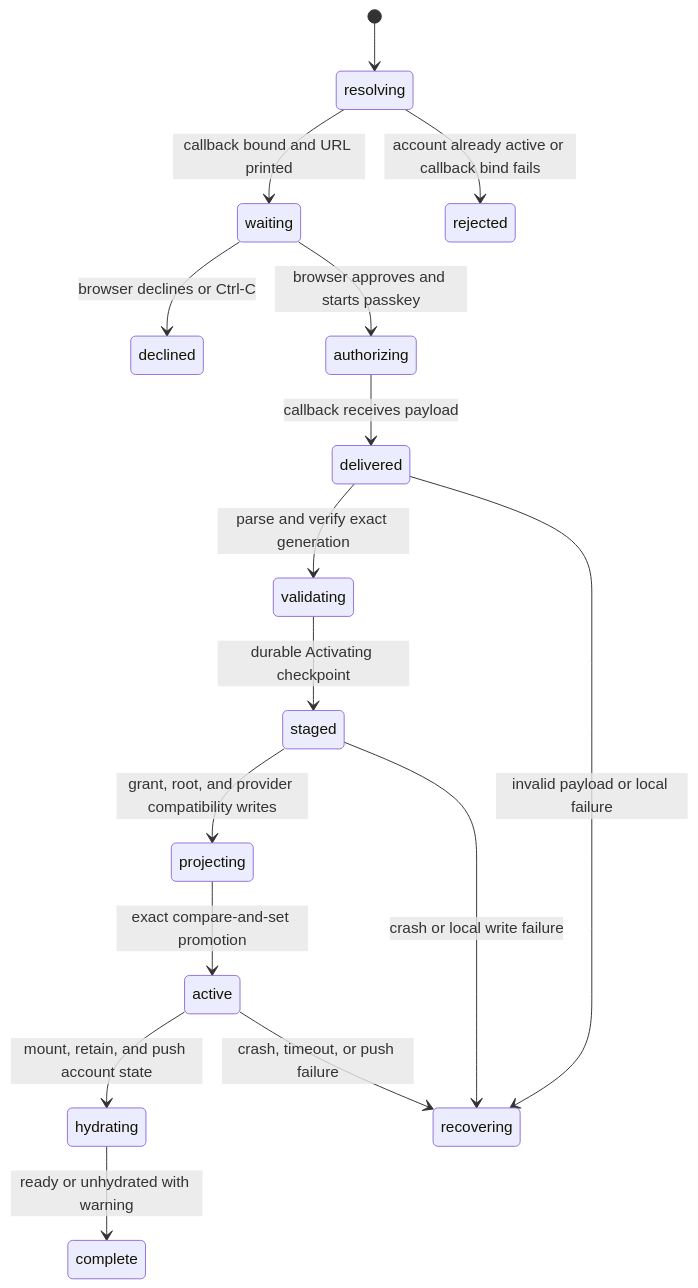
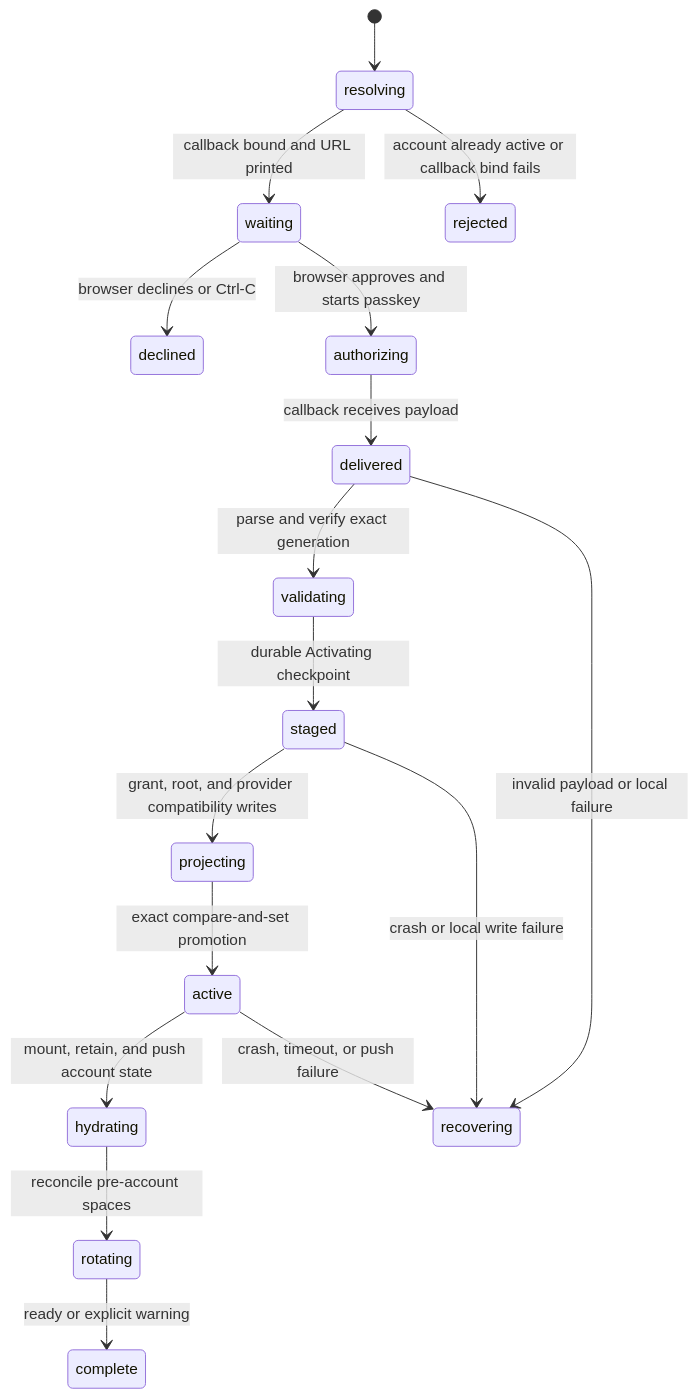
Before and after one commit to tonk-labs/tonk: the diagram in docs/storybook/accounts/browser-cli-handoff.md, drawn with Mermaid. The commit also changed other lines of this file and 9 other files, not shown here.

````diff
--- a/docs/storybook/accounts/browser-cli-handoff.md
+++ b/docs/storybook/accounts/browser-cli-handoff.md
@@ -43,18 +44,19 @@
 ```mermaid
 stateDiagram-v2
     [*] --> resolving
     resolving --> waiting : callback bound and URL printed
     resolving --> rejected : account already active or callback bind fails
     waiting --> declined : browser declines or Ctrl-C
     waiting --> authorizing : browser approves and starts passkey
     authorizing --> delivered : callback receives payload
     delivered --> validating : parse and verify exact generation
     validating --> staged : durable Activating checkpoint
     staged --> projecting : grant, root, and provider compatibility writes
     projecting --> active : exact compare-and-set promotion
     active --> hydrating : mount, retain, and push account state
-    hydrating --> complete : ready or unhydrated with warning
+    hydrating --> rotating : reconcile pre-account spaces
+    rotating --> complete : ready or explicit warning
     delivered --> recovering : invalid payload or local failure
     staged --> recovering : crash or local write failure
     active --> recovering : crash, timeout, or push failure
 ```
````
